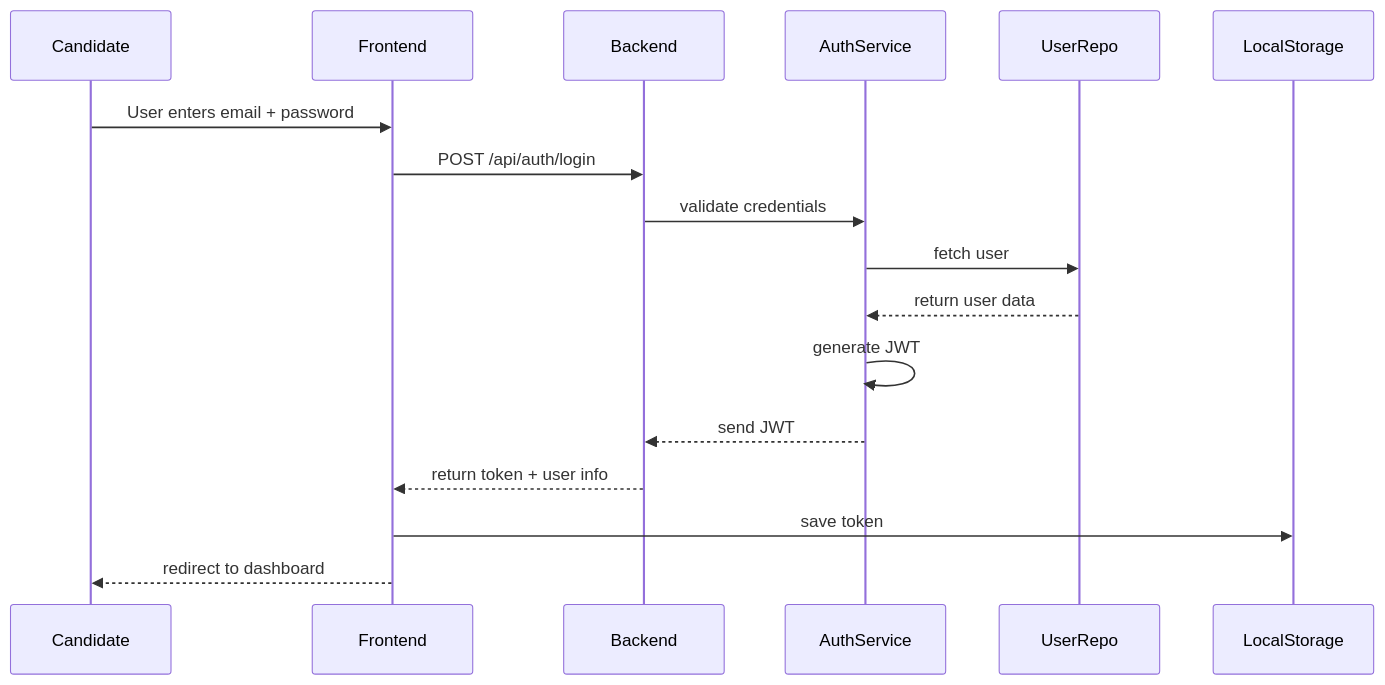
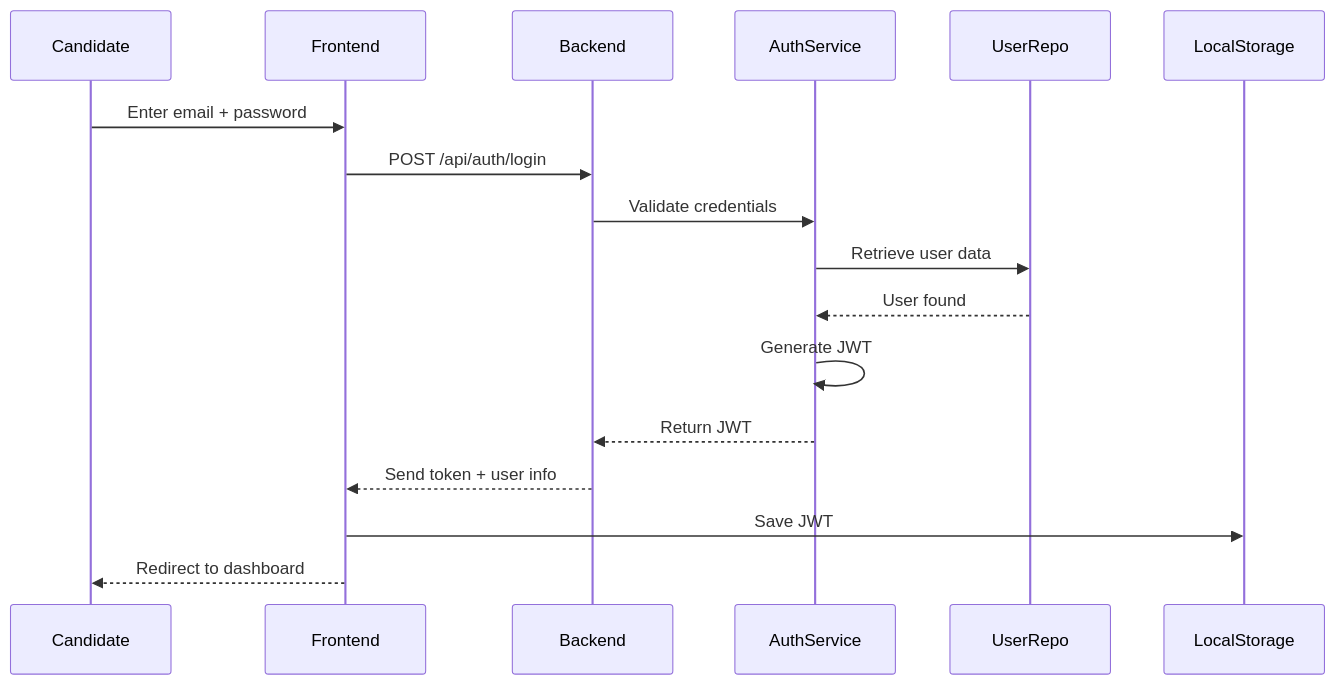
Before and after one commit to parthibCsaha/Job-Portal: the third of 3 diagrams in README.md, drawn with Mermaid. The commit also changed other lines of this file, not shown here.

````diff
--- a/README.md
+++ b/README.md
@@ -178,19 +178,19 @@
 ```mermaid
 sequenceDiagram
   participant Candidate
   participant Frontend
   participant Backend
   participant AuthService
   participant UserRepo
 
-  Candidate ->> Frontend: User enters email + password  
+  Candidate ->> Frontend: Enter email + password  
   Frontend ->> Backend: POST /api/auth/login  
-  Backend ->> AuthService: validate credentials  
-  AuthService ->> UserRepo: fetch user  
-  UserRepo -->> AuthService: return user data  
-  AuthService ->> AuthService: generate JWT  
-  AuthService -->> Backend: send JWT  
-  Backend -->> Frontend: return token + user info  
-  Frontend ->> LocalStorage: save token  
-  Frontend -->> Candidate: redirect to dashboard  
+  Backend ->> AuthService: Validate credentials  
+  AuthService ->> UserRepo: Retrieve user data  
+  UserRepo -->> AuthService: User found  
+  AuthService ->> AuthService: Generate JWT  
+  AuthService -->> Backend: Return JWT  
+  Backend -->> Frontend: Send token + user info  
+  Frontend ->> LocalStorage: Save JWT  
+  Frontend -->> Candidate: Redirect to dashboard  
 ```
````
